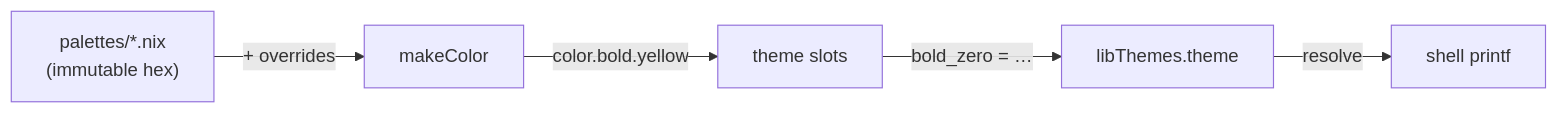
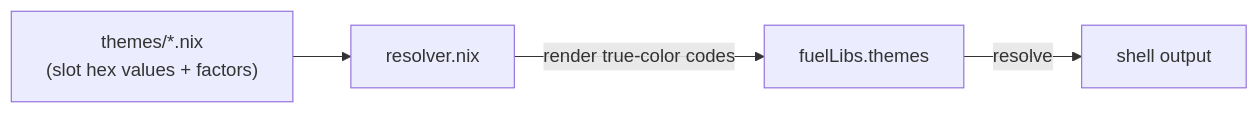
One commit to cig0/nix-batteries changed the diagram in libraries/themes/README.md. Above: the diagram before and after it, drawn with Mermaid. The commit also changed other lines of this file and 30 other files, not shown here.

First line of the commit message:
refactor(themes): make theme files self-contained, remove palette layer

````diff
--- a/libraries/themes/README.md
+++ b/libraries/themes/README.md
@@ -21,7 +20,6 @@
 ```mermaid
 graph LR
-    A["palettes/*.nix<br/>(immutable hex)"] -->|"+ overrides"| B["makeColor"]
-    B -->|"color.bold.yellow"| C["theme slots"]
-    C -->|"bold_zero = …"| D["libThemes.theme"]
-    D -->|resolve| E["shell printf"]
+    A["themes/*.nix<br/>(slot hex values + factors)"] --> B["resolver.nix"]
+    B -->|"render true-color codes"| C["fuelLibs.themes"]
+    C -->|resolve| D["shell output"]
 ```
````
